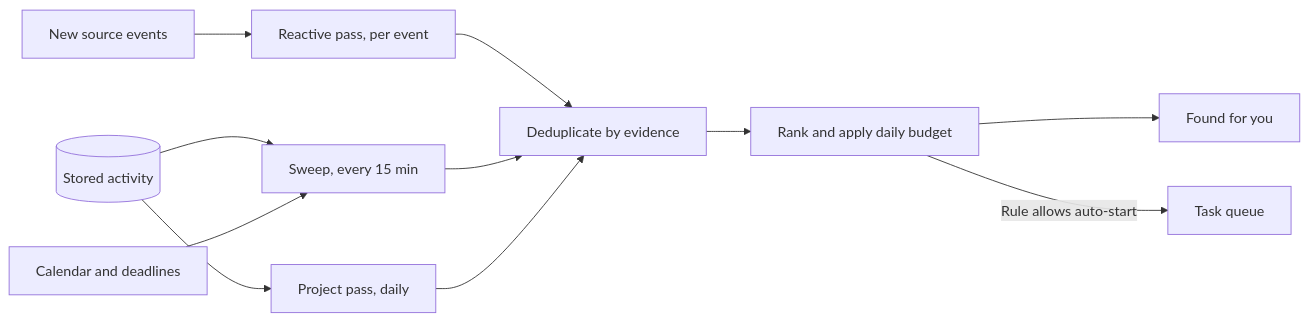
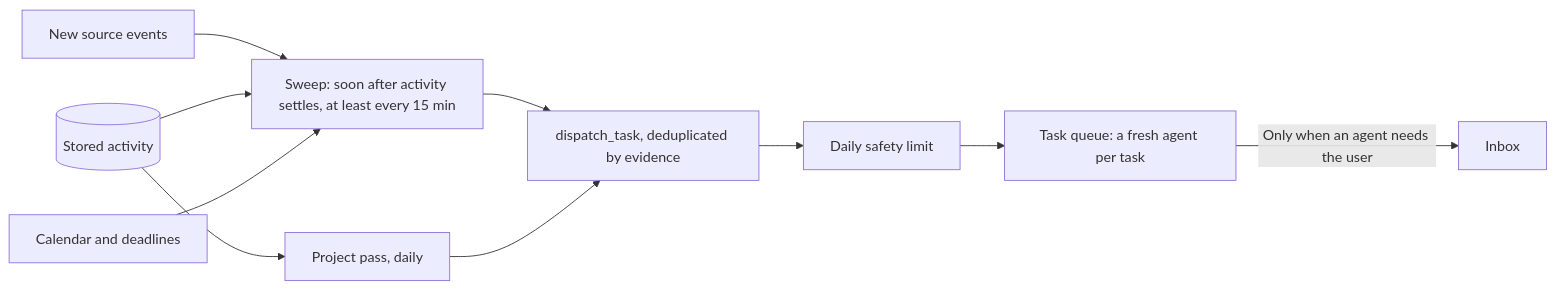
The diagram in docs/specs/proactive-discovery.md (Dodecahedr0x/me-myself-ai), drawn with Mermaid before and after one commit. The commit also changed other lines of this file and 9 other files, not shown here.

````diff
--- a/docs/specs/proactive-discovery.md
+++ b/docs/specs/proactive-discovery.md
@@ -23,13 +25,12 @@
 ```mermaid
 flowchart LR
-    Events[New source events] --> Reactive[Reactive pass, per event]
-    Store[(Stored activity)] --> Sweep[Sweep, every 15 min]
+    Events[New source events] --> Sweep[Sweep: soon after activity settles, at least every 15 min]
+    Store[(Stored activity)] --> Sweep
     Store --> Projects[Project pass, daily]
     Calendar[Calendar and deadlines] --> Sweep
-    Reactive --> Dedupe[Deduplicate by evidence]
-    Sweep --> Dedupe
-    Projects --> Dedupe
-    Dedupe --> Budget[Rank and apply daily budget]
-    Budget --> Inbox[Found for you]
-    Budget -->|Rule allows auto-start| Queue[Task queue]
+    Sweep --> Dispatch[dispatch_task, deduplicated by evidence]
+    Projects --> Dispatch
+    Dispatch --> Limit[Daily safety limit]
+    Limit --> Queue[Task queue: a fresh agent per task]
+    Queue -->|Only when an agent needs the user| Inbox[Inbox]
 ```
````
